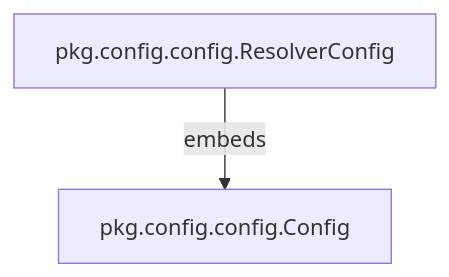
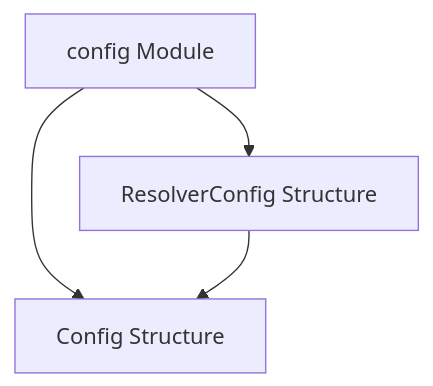
One commit to ShreyasPatel031/CodeWiki changed the diagram in demo/repos/KubeElasti/config.md. Above: the diagram before and after it, drawn with Mermaid. The commit also changed other lines of this file and 55 other files, not shown here.

````diff
--- a/demo/repos/KubeElasti/config.md
+++ b/demo/repos/KubeElasti/config.md
@@ -41,13 +13,10 @@
 ```mermaid
 graph TD
-    Config[pkg.config.config.Config]
-    ResolverConfig[pkg.config.config.ResolverConfig]
+    config_module[config Module]
+    config_struct[Config Structure]
+    resolver_config_struct[ResolverConfig Structure]
 
-    ResolverConfig -- embeds --> Config
-
-
-
-
-    click Config "config.md" "View Config Structure"
-    click ResolverConfig "config.md" "View ResolverConfig Structure"
+    config_module --> config_struct
+    config_module --> resolver_config_struct
+    resolver_config_struct --> config_struct
 ```
````
